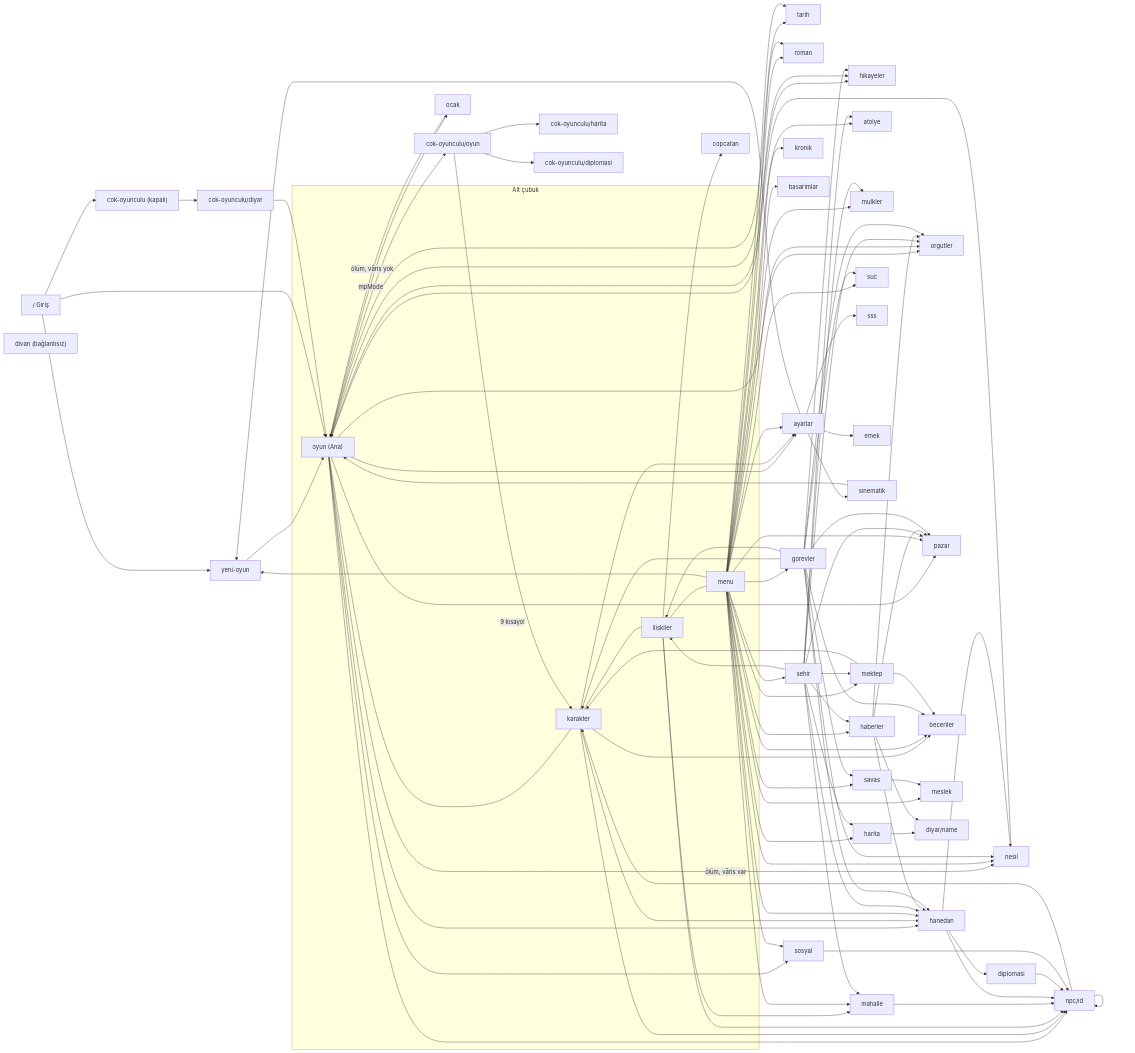
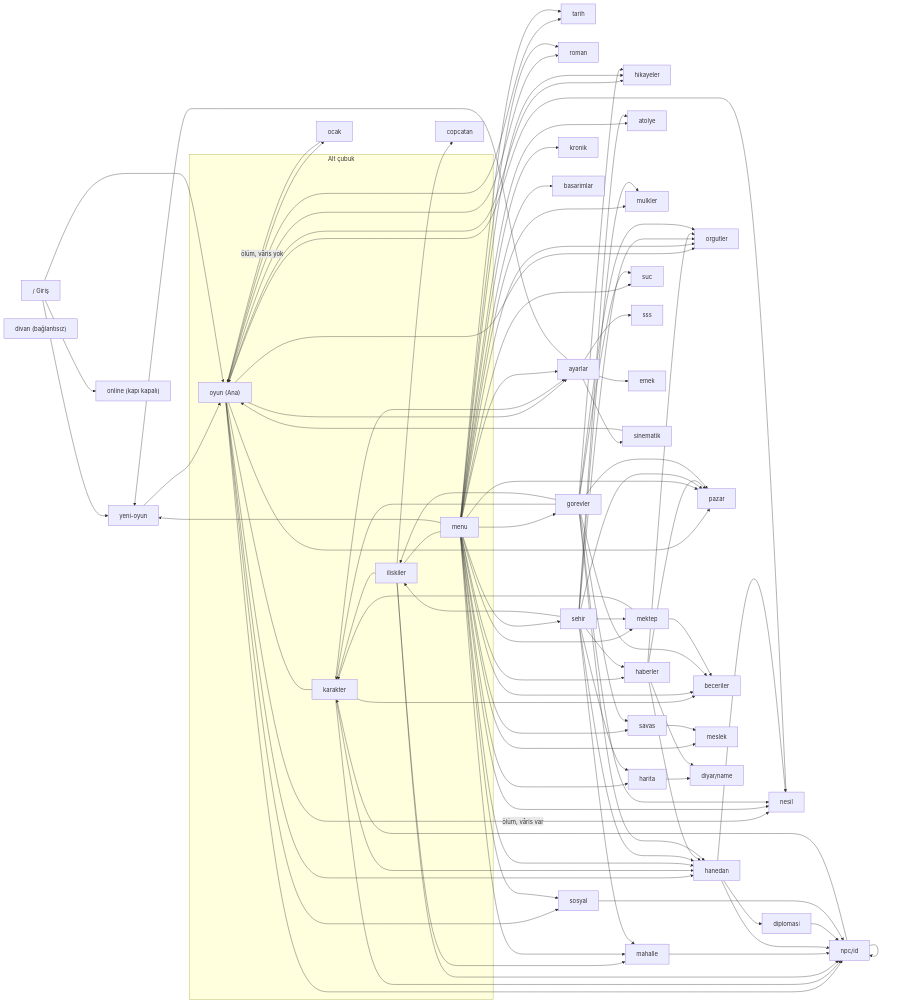
The second of 5 diagrams in EKRAN_HARITASI.md (Tayma96/kroniklerorj), drawn with Mermaid before and after one commit. The commit also changed other lines of this file and 1 other file, not shown here.

````diff
--- a/EKRAN_HARITASI.md
+++ b/EKRAN_HARITASI.md
@@ -209,43 +200,39 @@
 ```mermaid
 flowchart LR
   G["/ Giriş"] --> YO["yeni-oyun"] --> ANA["oyun (Ana)"]
   G --> ANA
-  G --> MPL["cok-oyunculu (kapalı)"]
+  G --> ONL["online (kapı kapalı)"]
 
   subgraph ALT["Alt çubuk"]
     ANA; KAR["karakter"]; ILI["iliskiler"]; MENU["menu"]
   end
   ANA --- KAR --- ILI --- MENU
 
   ANA --> tarih; ANA --> roman; ANA --> hikayeler; ANA --> hanedan; ANA --> orgutler
   ANA --> pazar; ANA --> sosyal; ANA --> NPC["npc/id"]; ANA --> AYAR["ayarlar"]
   ANA -->|"ölüm, vâris var"| nesil
   ANA -->|"ölüm, vâris yok"| ocak
   nesil --> ANA; ocak --> ANA
 
   KAR --> AYAR; KAR --> beceriler; KAR --> hanedan; KAR --> NPC
   ILI --> NPC; ILI --> copcatan; ILI --> mahalle
   NPC --> NPC; NPC --> KAR; mahalle --> NPC
 
   MENU --> sehir; MENU --> AYAR; MENU --> YO
   MENU --> pazar; MENU --> atolye; MENU --> meslek; MENU --> mulkler; MENU --> mahalle
   MENU --> mektep; MENU --> haberler; MENU --> gorevler; MENU --> harita
   MENU --> orgutler; MENU --> sosyal; MENU --> beceriler; MENU --> savas; MENU --> suc
   MENU --> hanedan; MENU --> nesil; MENU --> kronik
   MENU --> hikayeler; MENU --> tarih; MENU --> roman; MENU --> basarimlar
 
   sehir --> pazar; sehir --> mahalle; sehir --> mulkler; sehir --> hanedan; sehir --> atolye
   sehir --> mektep; sehir --> orgutler; sehir --> ILI; sehir --> haberler; sehir --> harita
   harita --> DY["diyar/name"]; haberler --> DY; haberler --> orgutler; haberler --> pazar; haberler --> hanedan
   gorevler --> nesil; gorevler --> KAR; gorevler --> beceriler; gorevler --> hikayeler
   gorevler --> orgutler; gorevler --> savas; gorevler --> suc; gorevler --> hanedan; gorevler --> pazar; gorevler --> ILI
   hanedan --> nesil; hanedan --> diplomasi; hanedan --> NPC; diplomasi --> NPC; sosyal --> NPC
   mektep --> beceriler; mektep --> KAR; savas --> meslek
   AYAR --> sss; AYAR --> emek; AYAR --> sinematik; AYAR --> YO; sinematik --> ANA
   divan["divan (bağlantısız)"]
 
-  MPL --> MPD["cok-oyunculu/diyar"] --> ANA
-  ANA -->|"mpMode"| MPO["cok-oyunculu/oyun"]
-  MPO --> MPH["cok-oyunculu/harita"]; MPO --> MPDP["cok-oyunculu/diplomasi"]
-  MPO -->|"9 kısayol"| KAR
 ```
````
